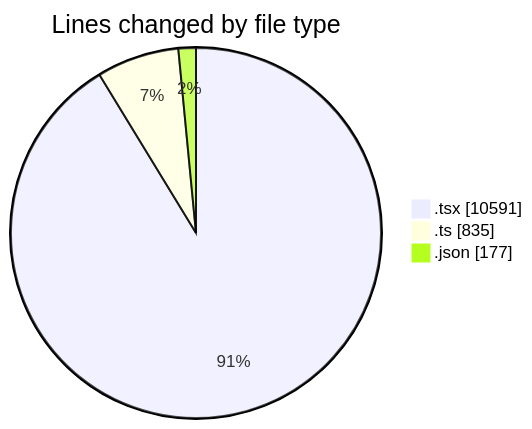
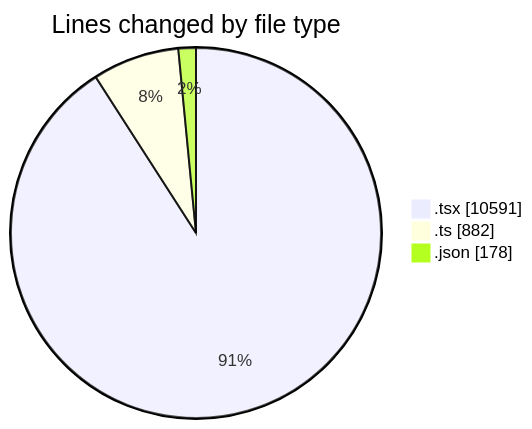
Before and after one commit to robertbonfada/code-tracking: the first of 2 diagrams in 2025-02-18/mbc-web/README.md, drawn with Mermaid. The commit also changed other lines of this file and 1 other file, not shown here.

````diff
--- a/2025-02-18/mbc-web/README.md
+++ b/2025-02-18/mbc-web/README.md
@@ -138,7 +138,7 @@
 ```mermaid
 pie showData
 title Lines changed by file type
 ".tsx" : 10591
-".ts" : 835
-".json" : 177
+".ts" : 882
+".json" : 178
 ```
````
